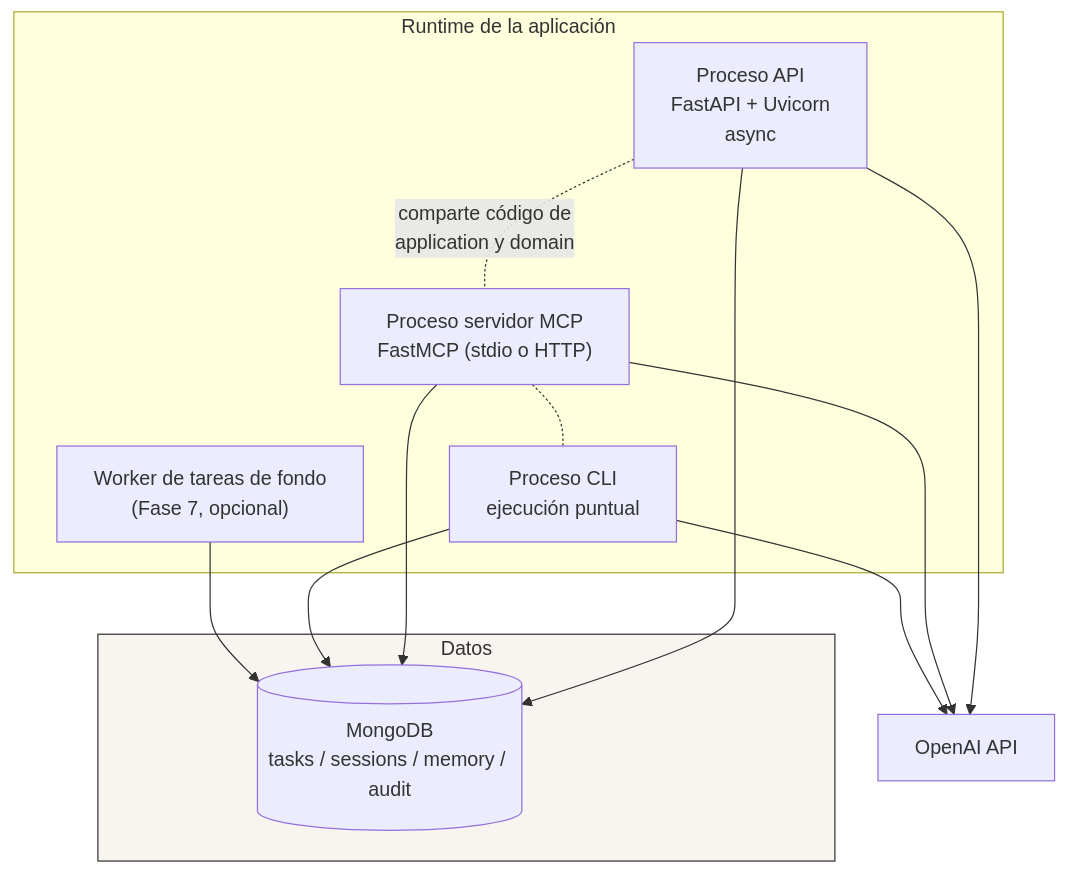
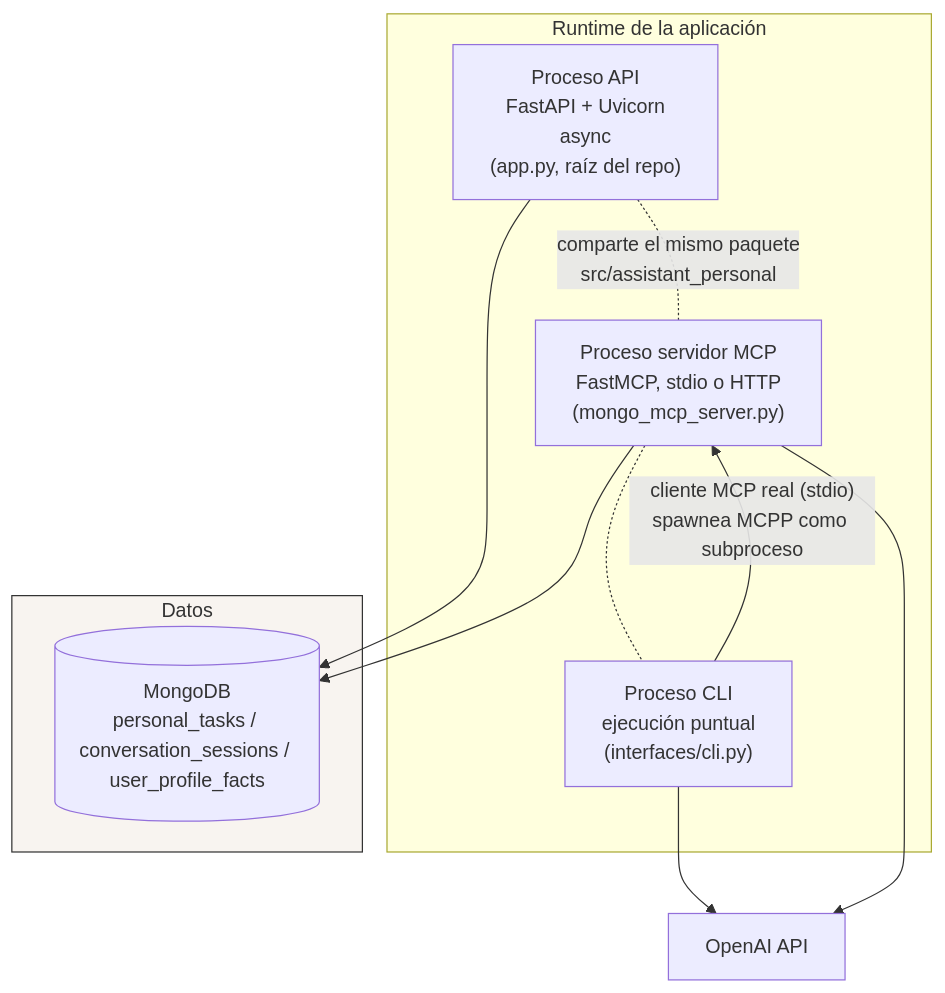
Before and after one commit to AlexisBerrio/personal_assistant_agent: the second of 5 diagrams in docs/arquitectura_solucion.md, drawn with Mermaid. The commit also changed other lines of this file and 1 other file, not shown here.

````diff
--- a/docs/arquitectura_solucion.md
+++ b/docs/arquitectura_solucion.md
@@ -97,28 +115,25 @@
 ```mermaid
 graph TB
     subgraph runtime["Runtime de la aplicación"]
-        API["Proceso API<br/>FastAPI + Uvicorn<br/>async"]
-        MCPP["Proceso servidor MCP<br/>FastMCP (stdio o HTTP)"]
-        CLIP["Proceso CLI<br/>ejecución puntual"]
-        WORK["Worker de tareas de fondo<br/>(Fase 7, opcional)"]
+        API["Proceso API<br/>FastAPI + Uvicorn<br/>async<br/>(app.py, raíz del repo)"]
+        MCPP["Proceso servidor MCP<br/>FastMCP, stdio o HTTP<br/>(mongo_mcp_server.py)"]
+        CLIP["Proceso CLI<br/>ejecución puntual<br/>(interfaces/cli.py)"]
     end
 
     subgraph datos["Datos"]
-        MDB[("MongoDB<br/>tasks / sessions / memory / audit")]
+        MDB[("MongoDB<br/>personal_tasks / conversation_sessions / user_profile_facts")]
     end
 
     EXT["OpenAI API"]
 
     API --> MDB
     MCPP --> MDB
-    CLIP --> MDB
-    WORK --> MDB
-    API --> EXT
+    CLIP -->|"cliente MCP real (stdio)<br/>spawnea MCPP como subproceso"| MCPP
+    CLIP --> EXT
     MCPP --> EXT
-    CLIP --> EXT
 
-    API -.comparte código de<br/>application y domain.- MCPP
+    API -.comparte el mismo paquete<br/>src/assistant_personal.- MCPP
     MCPP -.- CLIP
 
     style datos fill:#f8f4f0,stroke:#333
 ```
````
